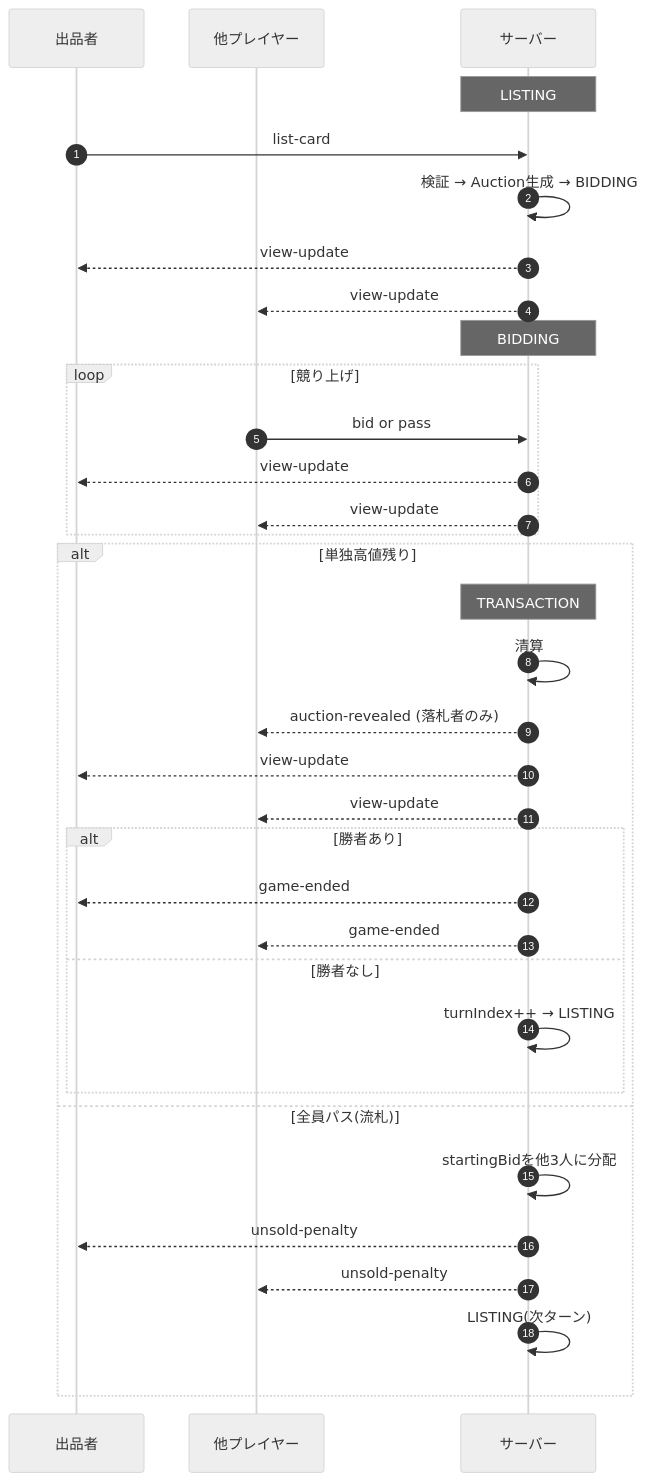
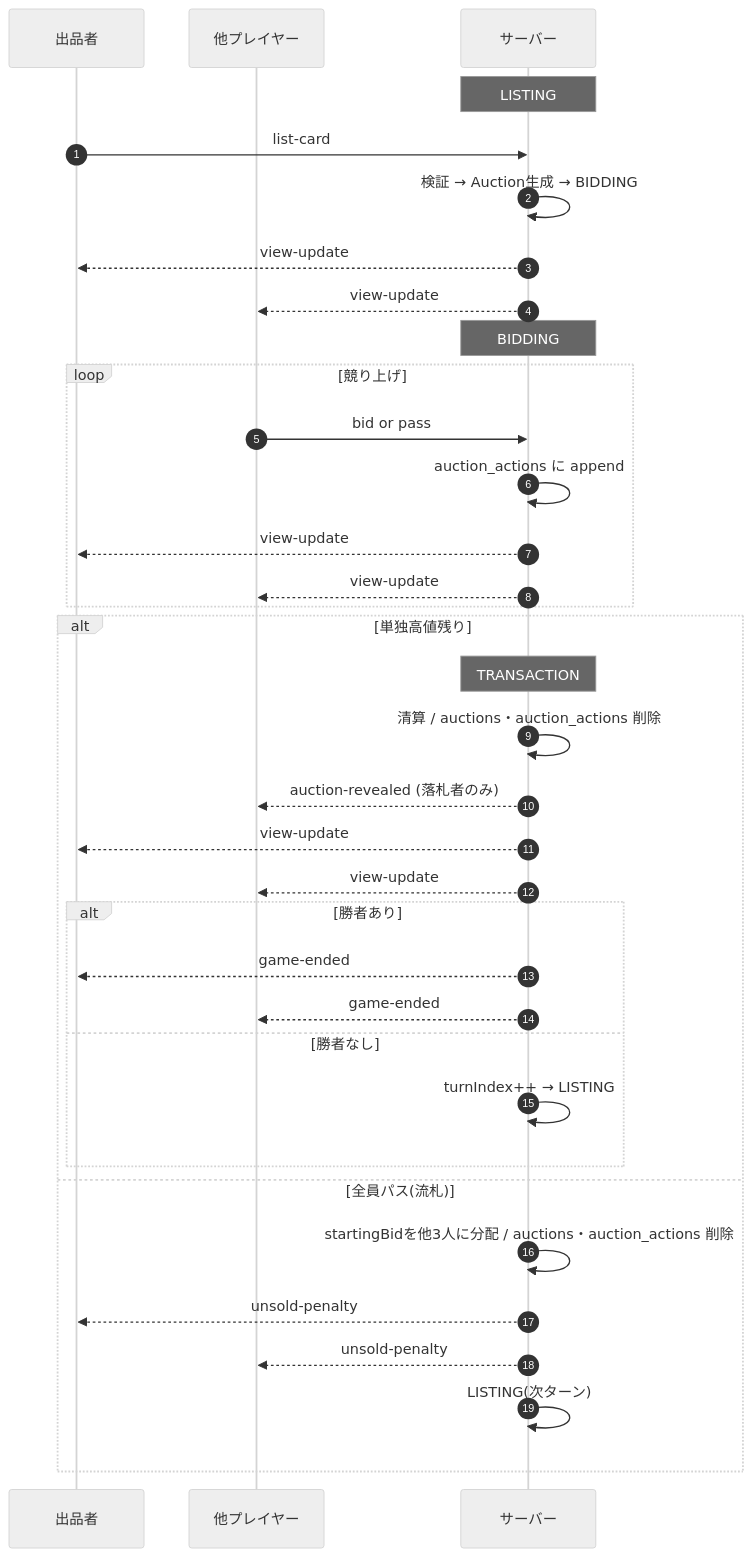
The second of 2 diagrams in docs/design/01_sequence.md (calm1205/bluff-auction), drawn with Mermaid (neutral theme) before and after one commit. The commit also changed other lines of this file, not shown here.

````diff
--- a/docs/design/01_sequence.md
+++ b/docs/design/01_sequence.md
@@ -7,39 +70,40 @@
 ```mermaid
 sequenceDiagram
     autonumber
     participant S as 出品者
     participant O as 他プレイヤー
     participant Srv as サーバー
 
     Note over Srv: LISTING
     S->>Srv: list-card
     Srv->>Srv: 検証 → Auction生成 → BIDDING
     Srv-->>S: view-update
     Srv-->>O: view-update
 
     Note over Srv: BIDDING
     loop 競り上げ
         O->>Srv: bid or pass
+        Srv->>Srv: auction_actions に append
         Srv-->>S: view-update
         Srv-->>O: view-update
     end
 
     alt 単独高値残り
         Note over Srv: TRANSACTION
-        Srv->>Srv: 清算
+        Srv->>Srv: 清算 / auctions・auction_actions 削除
         Srv-->>O: auction-revealed (落札者のみ)
         Srv-->>S: view-update
         Srv-->>O: view-update
         alt 勝者あり
             Srv-->>S: game-ended
             Srv-->>O: game-ended
         else 勝者なし
             Srv->>Srv: turnIndex++ → LISTING
         end
     else 全員パス(流札)
-        Srv->>Srv: startingBidを他3人に分配
+        Srv->>Srv: startingBidを他3人に分配 / auctions・auction_actions 削除
         Srv-->>S: unsold-penalty
         Srv-->>O: unsold-penalty
         Srv->>Srv: LISTING(次ターン)
     end
 ```
````
